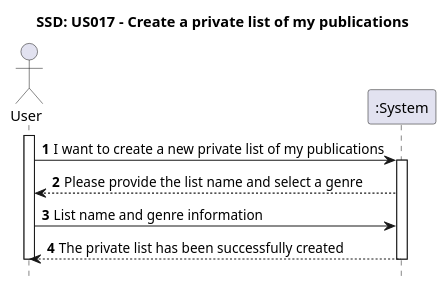
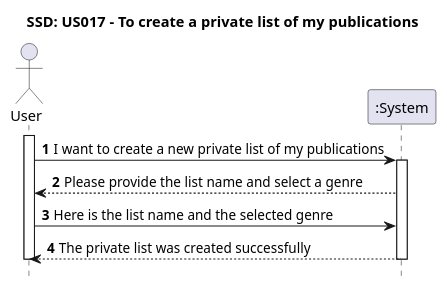
The diagram in Diagrams/SequenceDiagrams/N1/US017 - To Create a private List of my publications.puml (AndrePereiraGitH/SWitCH-Project-Team_A), drawn with PlantUML before and after one commit. The commit also changed 4 other files, not shown here.

Commit message:
Update diagrams for #88 #89 #92 #94 (SSD N1, N2 and Class)

```diff
--- a/Diagrams/SequenceDiagrams/N1/US017 - To Create a private List of my publications.puml
+++ b/Diagrams/SequenceDiagrams/N1/US017 - To Create a private List of my publications.puml
@@ -1,25 +1,25 @@
 @startuml
 
 autonumber
 hide footbox
 
-title SSD: US017 - Create a private list of my publications
+title SSD: US017 - To create a private list of my publications
 
 actor "User" as User
 participant ":System" as System
 
 activate User
 
 User -> System : I want to create a new private list of my publications
 activate System
 
 System --> User : Please provide the list name and select a genre
 
-User -> System : List name and genre information
+User -> System : Here is the list name and the selected genre
 
-System --> User : The private list has been successfully created
+System --> User : The private list was created successfully
 
 deactivate System
 deactivate User
 
 @enduml
```
